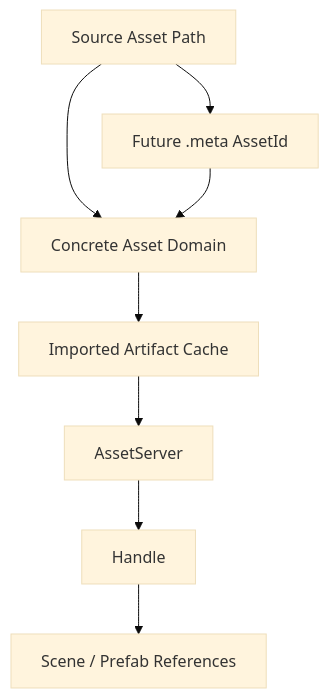
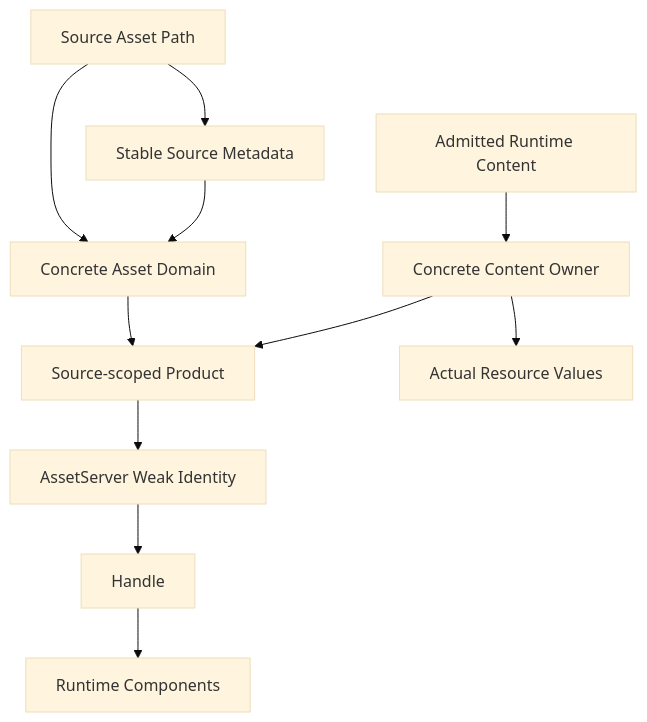
Before and after one commit to Latias94/nara: the diagram in docs/architecture/adr/0007-asset-identity-and-import-pipeline.md, drawn with Mermaid (base theme). The commit also changed other lines of this file and 25 other files, not shown here.

First line of the commit message:
feat(scene)!: cook runtime scenes with complete product bindings

````diff
--- a/docs/architecture/adr/0007-asset-identity-and-import-pipeline.md
+++ b/docs/architecture/adr/0007-asset-identity-and-import-pipeline.md
@@ -23,10 +31,13 @@
 ```mermaid
 flowchart TD
-    Source[Source Asset Path] --> Meta[Future .meta AssetId]
+    Source[Source Asset Path] --> Meta[Stable Source Metadata]
     Source --> Domain[Concrete Asset Domain]
     Meta --> Domain
-    Domain --> Artifact[Imported Artifact Cache]
-    Artifact --> AssetServer[AssetServer]
+    Domain --> Product[Source-scoped Product]
+    Catalog[Admitted Runtime Content] --> Owner[Concrete Content Owner]
+    Owner --> Product
+    Product --> AssetServer[AssetServer Weak Identity]
     AssetServer --> Handle[Handle<T>]
-    Handle --> Scene[Scene / Prefab References]
+    Owner --> Values[Actual Resource Values]
+    Handle --> Scene[Runtime Components]
 ```
````
